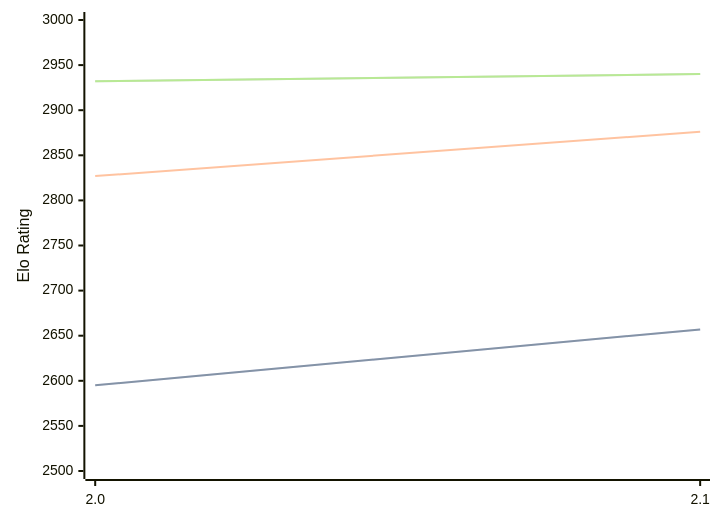
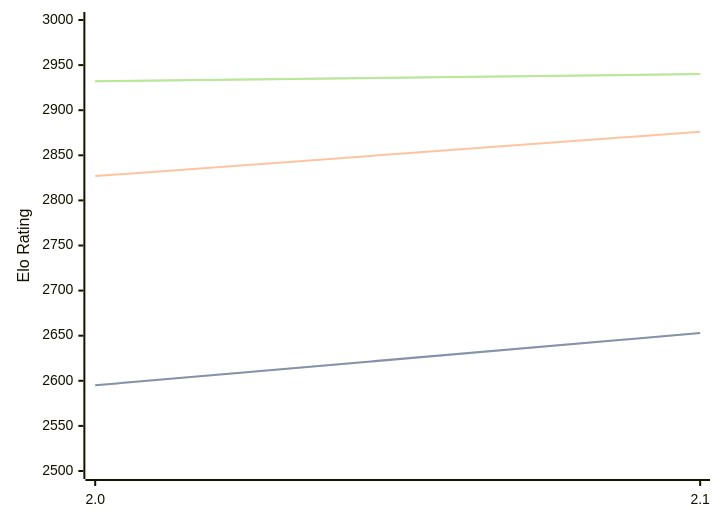
Before and after one commit to computer-chess-index/cci: the diagram in engines/Noggin.md, drawn with Mermaid. The commit also changed other lines of this file, not shown here.

````diff
--- a/engines/Noggin.md
+++ b/engines/Noggin.md
@@ -33,11 +33,11 @@
 ```mermaid
 %%{init: {"theme":"base","themeVariables":{"seriesColors:['#a3a3a3','#222221','#faa371']}}}%%
 xychart-beta
   x-axis ["2.0", "2.1"]
   y-axis "Elo Rating" 2500 --> 3000
-  line "STC (8.0+0.08s)" [2595, 2657]
-  line "STC (8.0+0.08s)" [2595, 2657]
+  line "STC (8.0+0.08s)" [2595, 2653]
+  line "STC (8.0+0.08s)" [2595, 2653]
   line "LTC (60.0+0.60s)" [2827, 2876]
   line "VLTC (2m24s+1.12s)" [2932, 2940]
   line "VLTC (2m24s+1.12s)" [2932, 2940]
 ```
````
